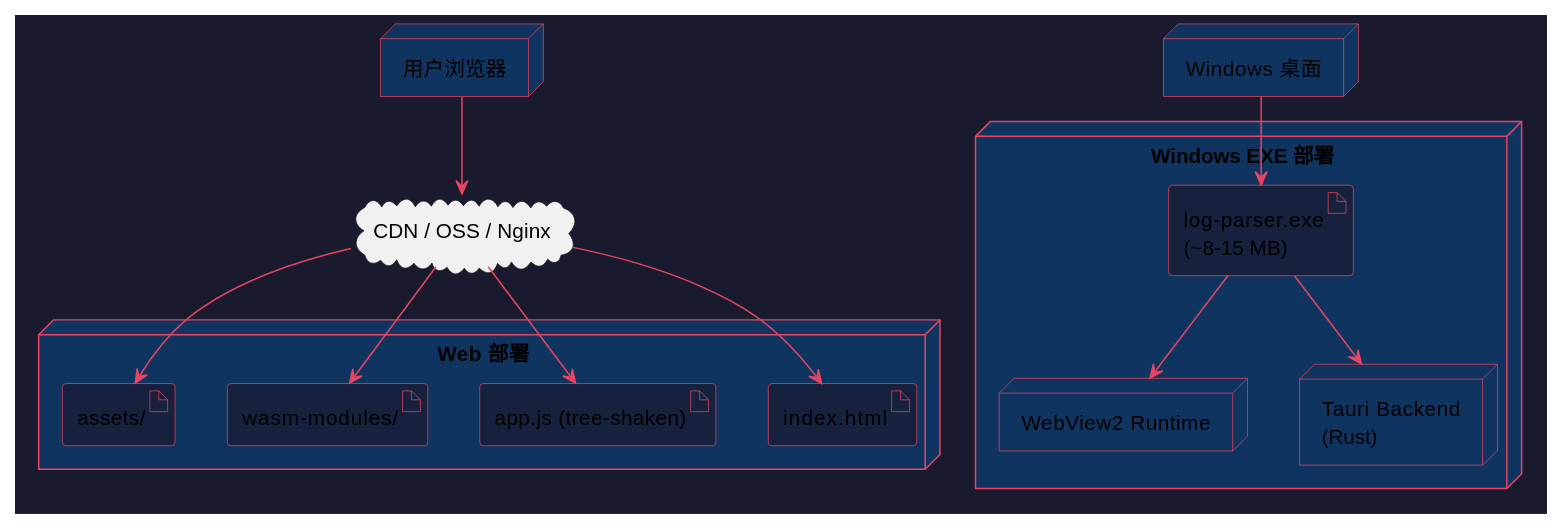
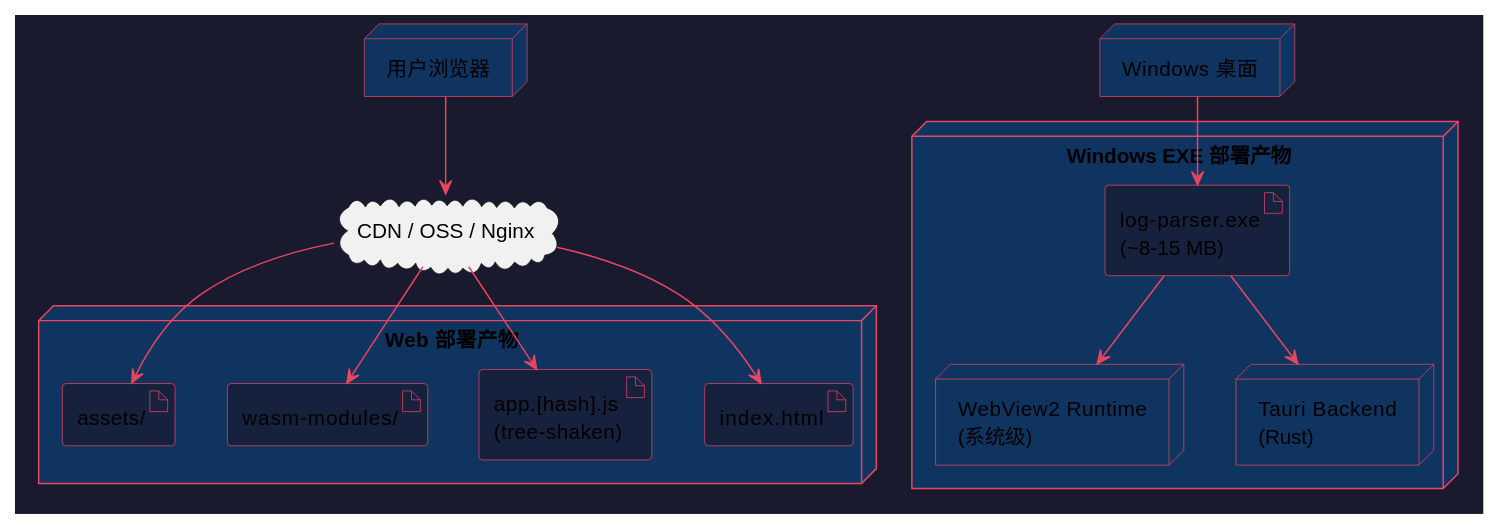
Before and after one commit to taoweidong/Hello-Tauri: diagram 19 of 20 in docs/superpowers/specs/2026-06-26-system-architecture-design.md, drawn with PlantUML. The commit also changed other lines of this file, not shown here.

````diff
--- a/docs/superpowers/specs/2026-06-26-system-architecture-design.md
+++ b/docs/superpowers/specs/2026-06-26-system-architecture-design.md
@@ -751,39 +1109,39 @@
 ```plantuml
 @startuml
 skinparam backgroundColor #1a1a2e
 skinparam defaultTextColor #e0e0e0
 skinparam nodeBackgroundColor #0f3460
 skinparam nodeBorderColor #e94560
 skinparam artifactBackgroundColor #16213e
 skinparam artifactBorderColor #e94560
 skinparam arrowColor #e94560
 
-node "Web 部署" {
+node "Web 部署产物" {
   artifact "index.html" as wh
-  artifact "app.js (tree-shaken)" as wj
+  artifact "app.[hash].js\n(tree-shaken)" as wj
   artifact "wasm-modules/" as ww
   artifact "assets/" as wa
 }
 
-node "Windows EXE 部署" {
+node "Windows EXE 部署产物" {
   artifact "log-parser.exe\n(~8-15 MB)" as exe
-  node "WebView2 Runtime" as wv
+  node "WebView2 Runtime\n(系统级)" as wv
   node "Tauri Backend\n(Rust)" as tb
 }
 
 cloud "CDN / OSS / Nginx" as cdn
 
 node "用户浏览器" as browser
 node "Windows 桌面" as desktop
 
 cdn --> wh
 cdn --> wj
 cdn --> ww
 cdn --> wa
 browser --> cdn
 
 desktop --> exe
 exe --> wv
 exe --> tb
 @enduml
 ```
````
